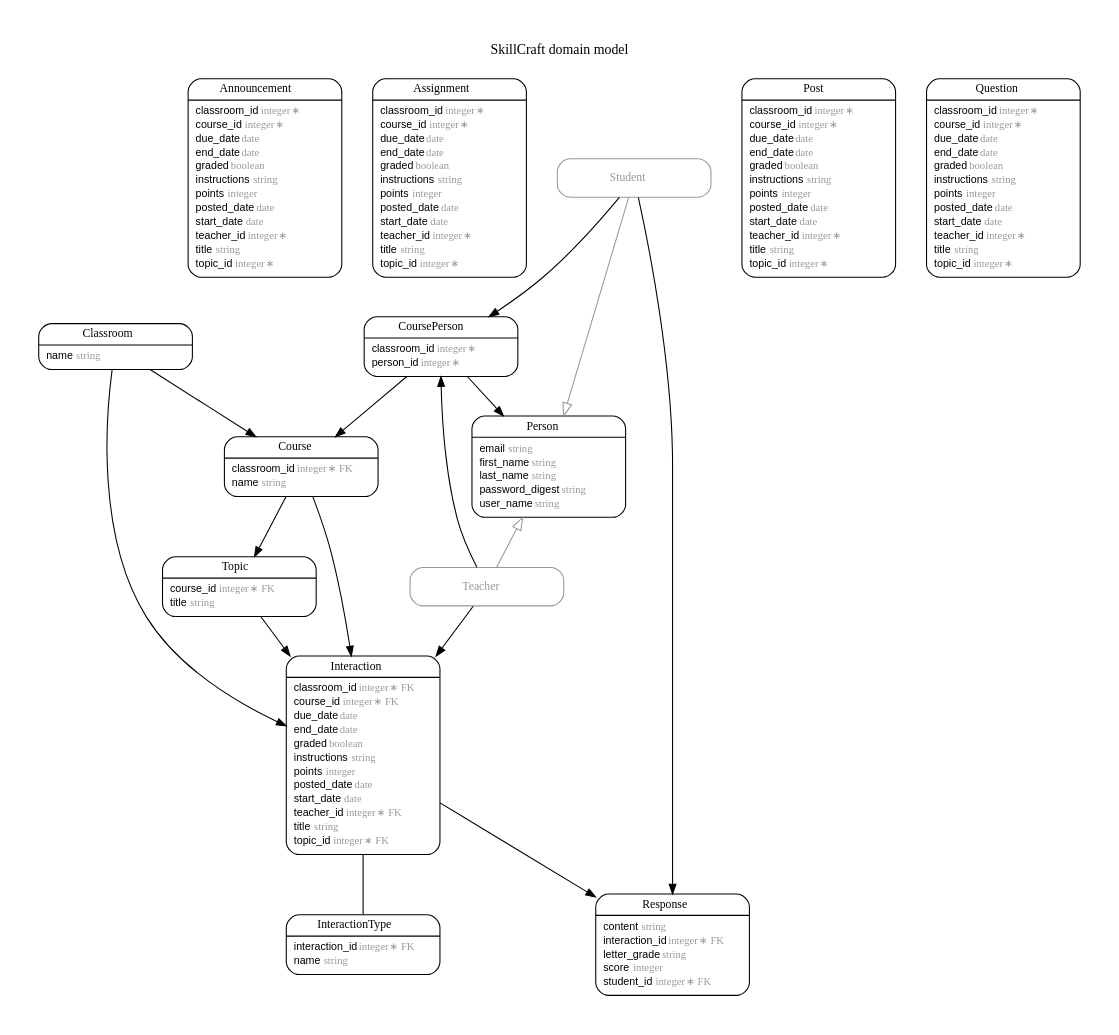
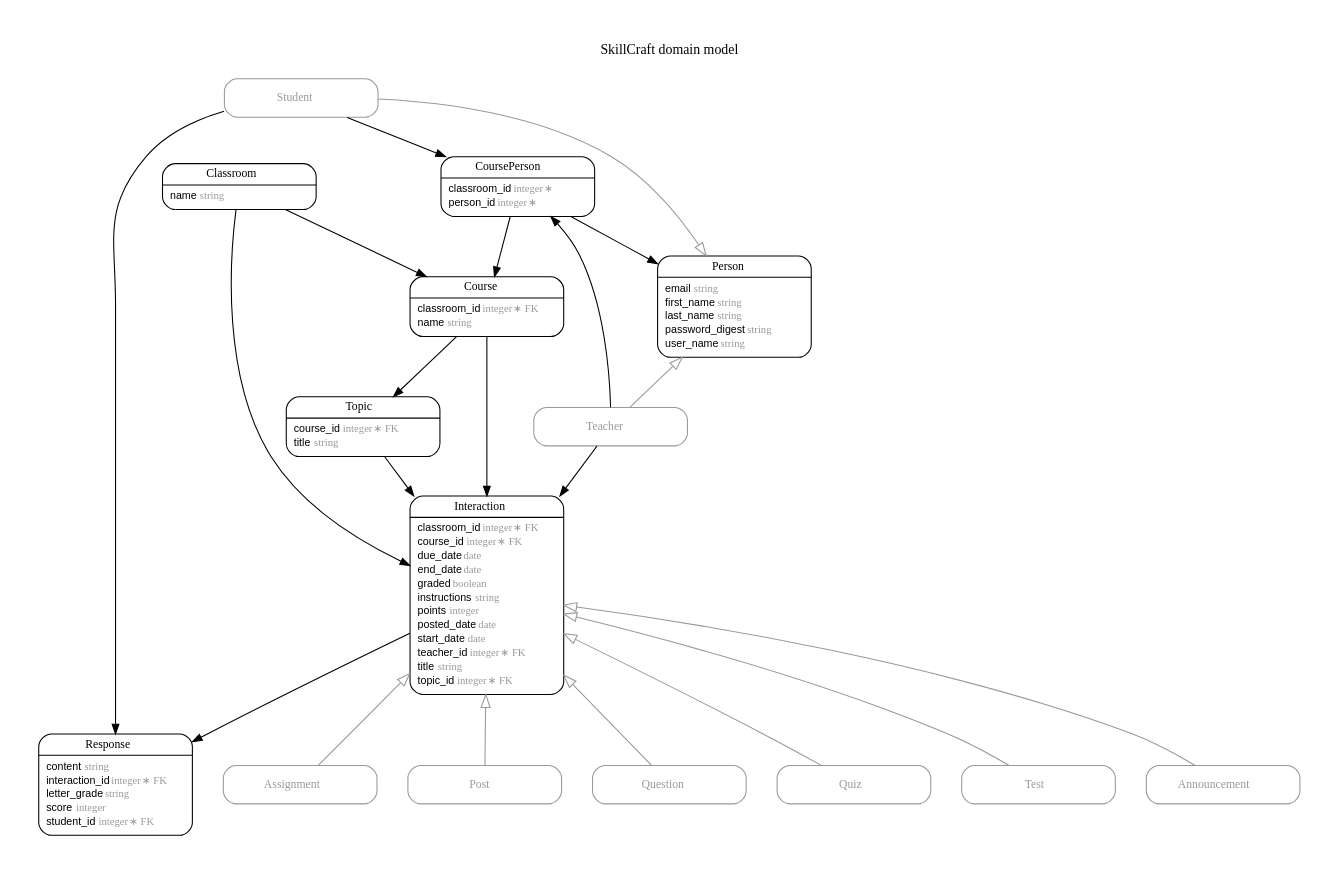
The diagram in erd.dot (FergusDevelopmentLLC/skillcraft), drawn with Graphviz before and after one commit. The commit also changed 23 other files, not shown here.

```diff
--- a/erd.dot
+++ b/erd.dot
@@ -13,42 +13,12 @@
 edge[ fontname  =  "Arial" , fontsize  =  "7" , dir  =  "both" , arrowsize  =  "0.9" , penwidth  =  "1.0" , labelangle  =  "32" , labeldistance  =  "1.8"];
 rankdir = "TB";
 label = "SkillCraft domain model\n\n";
-m_Announcement [label = <{<table border="0" align="center" cellspacing="0.5" cellpadding="0" width="134">
+m_Announcement [color = "grey60", fontcolor = "grey60", label = <{<table border="0" align="center" cellspacing="0.5" cellpadding="0" width="134">
   <tr><td align="center" valign="bottom" width="130"><font face="Arial Bold" point-size="11">Announcement</font></td></tr>
 </table>
-|
-<table border="0" align="left" cellspacing="2" cellpadding="0" width="134">
-  <tr><td align="left" width="130" port="classroom_id">classroom_id <font face="Arial Italic" color="grey60">integer ∗</font></td></tr>
-  <tr><td align="left" width="130" port="course_id">course_id <font face="Arial Italic" color="grey60">integer ∗</font></td></tr>
-  <tr><td align="left" width="130" port="due_date">due_date <font face="Arial Italic" color="grey60">date</font></td></tr>
-  <tr><td align="left" width="130" port="end_date">end_date <font face="Arial Italic" color="grey60">date</font></td></tr>
-  <tr><td align="left" width="130" port="graded">graded <font face="Arial Italic" color="grey60">boolean</font></td></tr>
-  <tr><td align="left" width="130" port="instructions">instructions <font face="Arial Italic" color="grey60">string</font></td></tr>
-  <tr><td align="left" width="130" port="points">points <font face="Arial Italic" color="grey60">integer</font></td></tr>
-  <tr><td align="left" width="130" port="posted_date">posted_date <font face="Arial Italic" color="grey60">date</font></td></tr>
-  <tr><td align="left" width="130" port="start_date">start_date <font face="Arial Italic" color="grey60">date</font></td></tr>
-  <tr><td align="left" width="130" port="teacher_id">teacher_id <font face="Arial Italic" color="grey60">integer ∗</font></td></tr>
-  <tr><td align="left" width="130" port="title">title <font face="Arial Italic" color="grey60">string</font></td></tr>
-  <tr><td align="left" width="130" port="topic_id">topic_id <font face="Arial Italic" color="grey60">integer ∗</font></td></tr>
-</table>
 }>];
-m_Assignment [label = <{<table border="0" align="center" cellspacing="0.5" cellpadding="0" width="134">
+m_Assignment [color = "grey60", fontcolor = "grey60", label = <{<table border="0" align="center" cellspacing="0.5" cellpadding="0" width="134">
   <tr><td align="center" valign="bottom" width="130"><font face="Arial Bold" point-size="11">Assignment</font></td></tr>
-</table>
-|
-<table border="0" align="left" cellspacing="2" cellpadding="0" width="134">
-  <tr><td align="left" width="130" port="classroom_id">classroom_id <font face="Arial Italic" color="grey60">integer ∗</font></td></tr>
-  <tr><td align="left" width="130" port="course_id">course_id <font face="Arial Italic" color="grey60">integer ∗</font></td></tr>
-  <tr><td align="left" width="130" port="due_date">due_date <font face="Arial Italic" color="grey60">date</font></td></tr>
-  <tr><td align="left" width="130" port="end_date">end_date <font face="Arial Italic" color="grey60">date</font></td></tr>
-  <tr><td align="left" width="130" port="graded">graded <font face="Arial Italic" color="grey60">boolean</font></td></tr>
-  <tr><td align="left" width="130" port="instructions">instructions <font face="Arial Italic" color="grey60">string</font></td></tr>
-  <tr><td align="left" width="130" port="points">points <font face="Arial Italic" color="grey60">integer</font></td></tr>
-  <tr><td align="left" width="130" port="posted_date">posted_date <font face="Arial Italic" color="grey60">date</font></td></tr>
-  <tr><td align="left" width="130" port="start_date">start_date <font face="Arial Italic" color="grey60">date</font></td></tr>
-  <tr><td align="left" width="130" port="teacher_id">teacher_id <font face="Arial Italic" color="grey60">integer ∗</font></td></tr>
-  <tr><td align="left" width="130" port="title">title <font face="Arial Italic" color="grey60">string</font></td></tr>
-  <tr><td align="left" width="130" port="topic_id">topic_id <font face="Arial Italic" color="grey60">integer ∗</font></td></tr>
 </table>
 }>];
 m_Classroom [label = <{<table border="0" align="center" cellspacing="0.5" cellpadding="0" width="134">
@@ -96,15 +66,6 @@
   <tr><td align="left" width="130" port="topic_id">topic_id <font face="Arial Italic" color="grey60">integer ∗ FK</font></td></tr>
 </table>
 }>];
-m_InteractionType [label = <{<table border="0" align="center" cellspacing="0.5" cellpadding="0" width="134">
-  <tr><td align="center" valign="bottom" width="130"><font face="Arial Bold" point-size="11">InteractionType</font></td></tr>
-</table>
-|
-<table border="0" align="left" cellspacing="2" cellpadding="0" width="134">
-  <tr><td align="left" width="130" port="interaction_id">interaction_id <font face="Arial Italic" color="grey60">integer ∗ FK</font></td></tr>
-  <tr><td align="left" width="130" port="name">name <font face="Arial Italic" color="grey60">string</font></td></tr>
-</table>
-}>];
 m_Person [label = <{<table border="0" align="center" cellspacing="0.5" cellpadding="0" width="134">
   <tr><td align="center" valign="bottom" width="130"><font face="Arial Bold" point-size="11">Person</font></td></tr>
 </table>
@@ -117,42 +78,16 @@
   <tr><td align="left" width="130" port="user_name">user_name <font face="Arial Italic" color="grey60">string</font></td></tr>
 </table>
 }>];
-m_Post [label = <{<table border="0" align="center" cellspacing="0.5" cellpadding="0" width="134">
+m_Post [color = "grey60", fontcolor = "grey60", label = <{<table border="0" align="center" cellspacing="0.5" cellpadding="0" width="134">
   <tr><td align="center" valign="bottom" width="130"><font face="Arial Bold" point-size="11">Post</font></td></tr>
 </table>
-|
-<table border="0" align="left" cellspacing="2" cellpadding="0" width="134">
-  <tr><td align="left" width="130" port="classroom_id">classroom_id <font face="Arial Italic" color="grey60">integer ∗</font></td></tr>
-  <tr><td align="left" width="130" port="course_id">course_id <font face="Arial Italic" color="grey60">integer ∗</font></td></tr>
-  <tr><td align="left" width="130" port="due_date">due_date <font face="Arial Italic" color="grey60">date</font></td></tr>
-  <tr><td align="left" width="130" port="end_date">end_date <font face="Arial Italic" color="grey60">date</font></td></tr>
-  <tr><td align="left" width="130" port="graded">graded <font face="Arial Italic" color="grey60">boolean</font></td></tr>
-  <tr><td align="left" width="130" port="instructions">instructions <font face="Arial Italic" color="grey60">string</font></td></tr>
-  <tr><td align="left" width="130" port="points">points <font face="Arial Italic" color="grey60">integer</font></td></tr>
-  <tr><td align="left" width="130" port="posted_date">posted_date <font face="Arial Italic" color="grey60">date</font></td></tr>
-  <tr><td align="left" width="130" port="start_date">start_date <font face="Arial Italic" color="grey60">date</font></td></tr>
-  <tr><td align="left" width="130" port="teacher_id">teacher_id <font face="Arial Italic" color="grey60">integer ∗</font></td></tr>
-  <tr><td align="left" width="130" port="title">title <font face="Arial Italic" color="grey60">string</font></td></tr>
-  <tr><td align="left" width="130" port="topic_id">topic_id <font face="Arial Italic" color="grey60">integer ∗</font></td></tr>
+}>];
+m_Question [color = "grey60", fontcolor = "grey60", label = <{<table border="0" align="center" cellspacing="0.5" cellpadding="0" width="134">
+  <tr><td align="center" valign="bottom" width="130"><font face="Arial Bold" point-size="11">Question</font></td></tr>
 </table>
 }>];
-m_Question [label = <{<table border="0" align="center" cellspacing="0.5" cellpadding="0" width="134">
-  <tr><td align="center" valign="bottom" width="130"><font face="Arial Bold" point-size="11">Question</font></td></tr>
-</table>
-|
-<table border="0" align="left" cellspacing="2" cellpadding="0" width="134">
-  <tr><td align="left" width="130" port="classroom_id">classroom_id <font face="Arial Italic" color="grey60">integer ∗</font></td></tr>
-  <tr><td align="left" width="130" port="course_id">course_id <font face="Arial Italic" color="grey60">integer ∗</font></td></tr>
-  <tr><td align="left" width="130" port="due_date">due_date <font face="Arial Italic" color="grey60">date</font></td></tr>
-  <tr><td align="left" width="130" port="end_date">end_date <font face="Arial Italic" color="grey60">date</font></td></tr>
-  <tr><td align="left" width="130" port="graded">graded <font face="Arial Italic" color="grey60">boolean</font></td></tr>
-  <tr><td align="left" width="130" port="instructions">instructions <font face="Arial Italic" color="grey60">string</font></td></tr>
-  <tr><td align="left" width="130" port="points">points <font face="Arial Italic" color="grey60">integer</font></td></tr>
-  <tr><td align="left" width="130" port="posted_date">posted_date <font face="Arial Italic" color="grey60">date</font></td></tr>
-  <tr><td align="left" width="130" port="start_date">start_date <font face="Arial Italic" color="grey60">date</font></td></tr>
-  <tr><td align="left" width="130" port="teacher_id">teacher_id <font face="Arial Italic" color="grey60">integer ∗</font></td></tr>
-  <tr><td align="left" width="130" port="title">title <font face="Arial Italic" color="grey60">string</font></td></tr>
-  <tr><td align="left" width="130" port="topic_id">topic_id <font face="Arial Italic" color="grey60">integer ∗</font></td></tr>
+m_Quiz [color = "grey60", fontcolor = "grey60", label = <{<table border="0" align="center" cellspacing="0.5" cellpadding="0" width="134">
+  <tr><td align="center" valign="bottom" width="130"><font face="Arial Bold" point-size="11">Quiz</font></td></tr>
 </table>
 }>];
 m_Response [label = <{<table border="0" align="center" cellspacing="0.5" cellpadding="0" width="134">
@@ -175,6 +110,10 @@
   <tr><td align="center" valign="bottom" width="130"><font face="Arial Bold" point-size="11">Teacher</font></td></tr>
 </table>
 }>];
+m_Test [color = "grey60", fontcolor = "grey60", label = <{<table border="0" align="center" cellspacing="0.5" cellpadding="0" width="134">
+  <tr><td align="center" valign="bottom" width="130"><font face="Arial Bold" point-size="11">Test</font></td></tr>
+</table>
+}>];
 m_Topic [label = <{<table border="0" align="center" cellspacing="0.5" cellpadding="0" width="134">
   <tr><td align="center" valign="bottom" width="130"><font face="Arial Bold" point-size="11">Topic</font></td></tr>
 </table>
@@ -184,13 +123,18 @@
   <tr><td align="left" width="130" port="title">title <font face="Arial Italic" color="grey60">string</font></td></tr>
 </table>
 }>];
+  m_Interaction -> m_Announcement [color = "grey60", arrowtail = "onormal", arrowhead = "none", arrowsize = "1.2"];
+  m_Interaction -> m_Assignment [color = "grey60", arrowtail = "onormal", arrowhead = "none", arrowsize = "1.2"];
+  m_Interaction -> m_Post [color = "grey60", arrowtail = "onormal", arrowhead = "none", arrowsize = "1.2"];
+  m_Interaction -> m_Question [color = "grey60", arrowtail = "onormal", arrowhead = "none", arrowsize = "1.2"];
+  m_Interaction -> m_Quiz [color = "grey60", arrowtail = "onormal", arrowhead = "none", arrowsize = "1.2"];
+  m_Interaction -> m_Test [color = "grey60", arrowtail = "onormal", arrowhead = "none", arrowsize = "1.2"];
   m_Person -> m_Student [color = "grey60", arrowtail = "onormal", arrowhead = "none", arrowsize = "1.2"];
   m_Person -> m_Teacher [color = "grey60", arrowtail = "onormal", arrowhead = "none", arrowsize = "1.2"];
-  m_Classroom -> m_Interaction [arrowhead = "normal", arrowtail = "none", weight = "5"];
-  m_Topic -> m_Interaction [arrowhead = "normal", arrowtail = "none", weight = "5"];
-  m_Course -> m_Interaction [arrowhead = "normal", arrowtail = "none", weight = "5"];
-  m_Teacher -> m_Interaction [arrowhead = "normal", arrowtail = "none", weight = "6"];
-  m_Interaction -> m_InteractionType [arrowhead = "none", arrowtail = "none", weight = "5"];
+  m_Classroom -> m_Interaction [arrowhead = "normal", arrowtail = "none", weight = "7"];
+  m_Topic -> m_Interaction [arrowhead = "normal", arrowtail = "none", weight = "7"];
+  m_Course -> m_Interaction [arrowhead = "normal", arrowtail = "none", weight = "7"];
+  m_Teacher -> m_Interaction [arrowhead = "normal", arrowtail = "none", weight = "8"];
   m_Classroom -> m_Course [arrowhead = "normal", arrowtail = "none", weight = "2"];
   m_Course -> m_Topic [arrowhead = "normal", arrowtail = "none", weight = "2"];
   m_CoursePerson -> m_Person [arrowhead = "normal", arrowtail = "none", weight = "1"];
```
